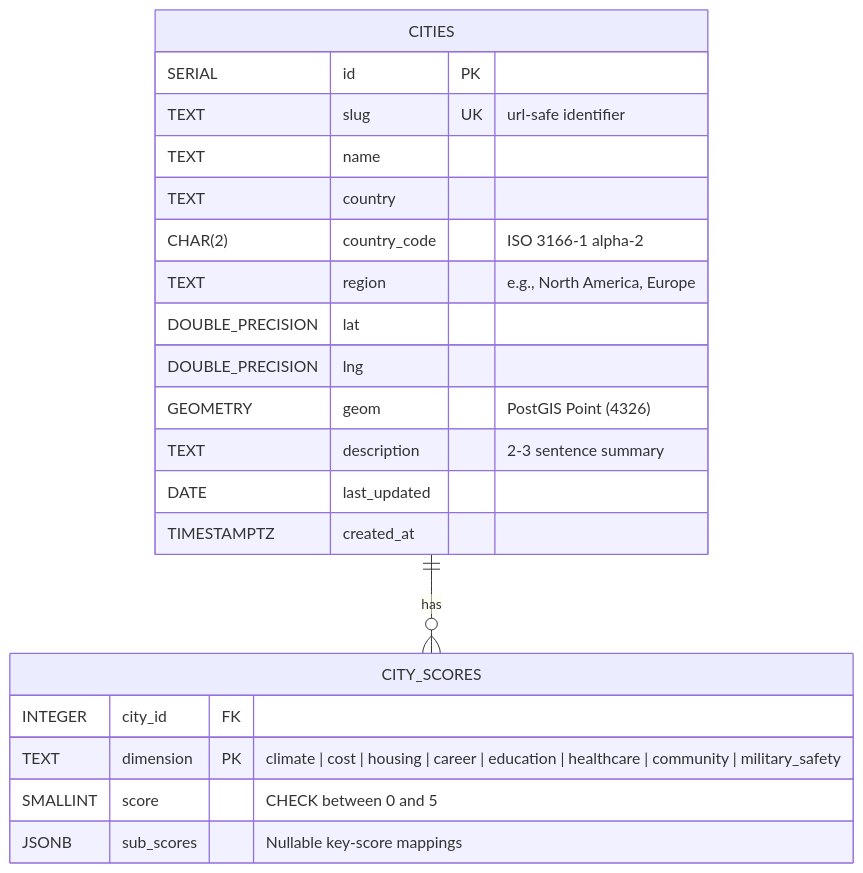
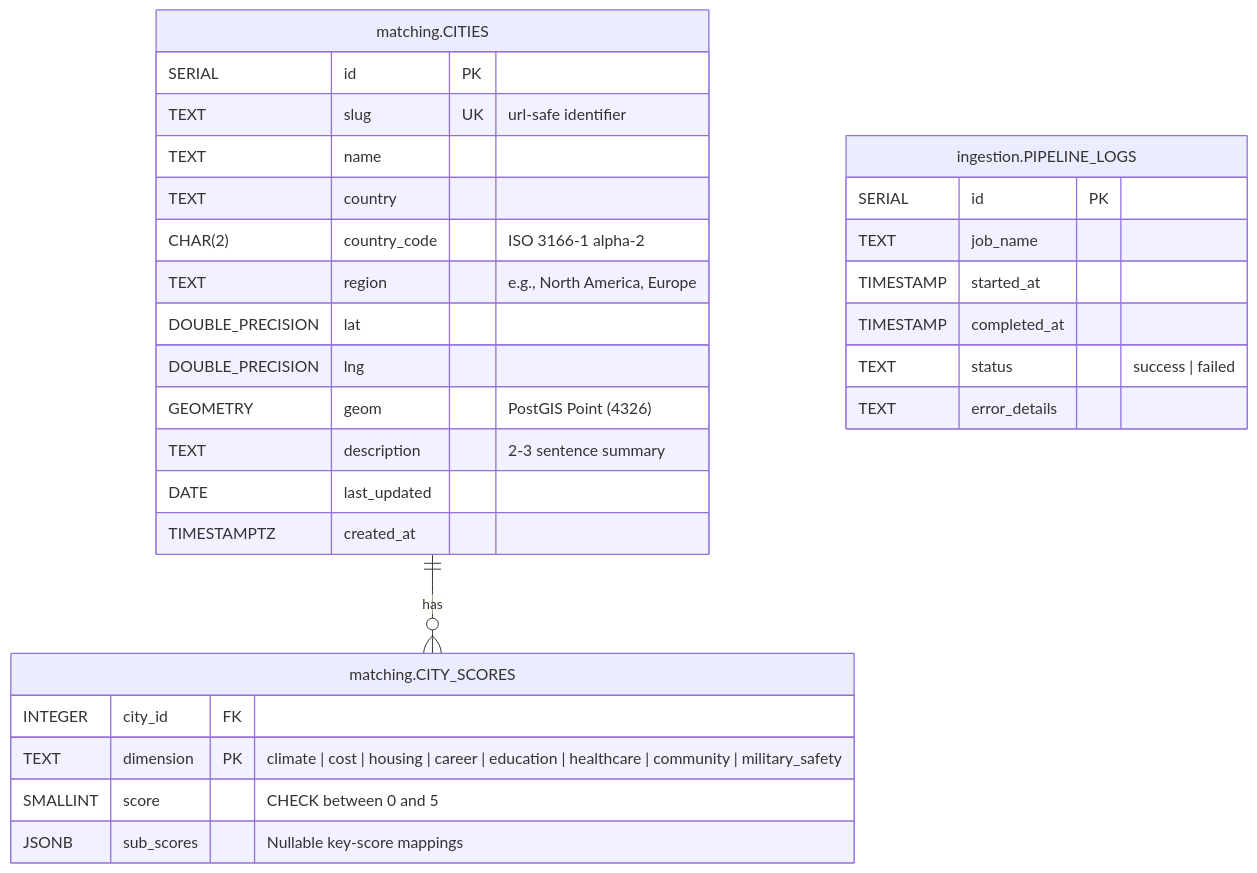
One commit to availlogic/relocate_wise changed the diagram in docs/Database.md. Above: the diagram before and after it, drawn with Mermaid. The commit also changed other lines of this file and 15 other files, not shown here.

````diff
--- a/docs/Database.md
+++ b/docs/Database.md
@@ -17,25 +18,33 @@
 ```mermaid
 erDiagram
-    CITIES {
+    matching.CITIES {
         SERIAL id PK
         TEXT slug UK "url-safe identifier"
         TEXT name
         TEXT country
         CHAR(2) country_code "ISO 3166-1 alpha-2"
         TEXT region "e.g., North America, Europe"
         DOUBLE_PRECISION lat
         DOUBLE_PRECISION lng
         GEOMETRY geom "PostGIS Point (4326)"
         TEXT description "2-3 sentence summary"
         DATE last_updated
         TIMESTAMPTZ created_at
     }
-    CITY_SCORES {
+    matching.CITY_SCORES {
         INTEGER city_id FK
         TEXT dimension PK "climate | cost | housing | career | education | healthcare | community | military_safety"
         SMALLINT score "CHECK between 0 and 5"
         JSONB sub_scores "Nullable key-score mappings"
     }
+    ingestion.PIPELINE_LOGS {
+        SERIAL id PK
+        TEXT job_name
+        TIMESTAMP started_at
+        TIMESTAMP completed_at
+        TEXT status "success | failed"
+        TEXT error_details
+    }
 
-    CITIES ||--o{ CITY_SCORES : "has"
+    matching.CITIES ||--o{ matching.CITY_SCORES : "has"
 ```
````
